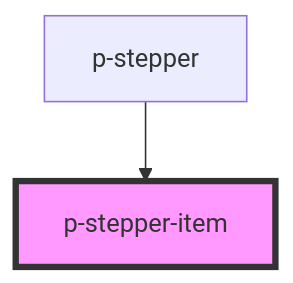
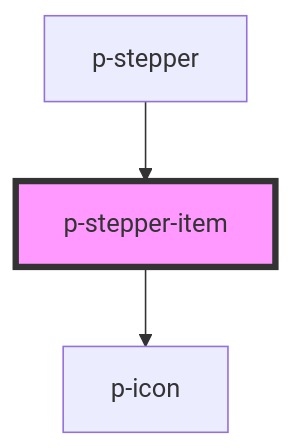
Before and after one commit to Employes/Paperless: the diagram in packages/core/src/components/atoms/stepper/item/readme.md, drawn with Mermaid. The commit also changed other lines of this file and 4 other files, not shown here.

Commit message:
feat(atoms/stepper/item): Add icon variant

````diff
--- a/packages/core/src/components/atoms/stepper/item/readme.md
+++ b/packages/core/src/components/atoms/stepper/item/readme.md
@@ -27,5 +33,6 @@
 ```mermaid
 graph TD;
+  p-stepper-item --> p-icon
   p-stepper --> p-stepper-item
   style p-stepper-item fill:#f9f,stroke:#333,stroke-width:4px
 ```
````
